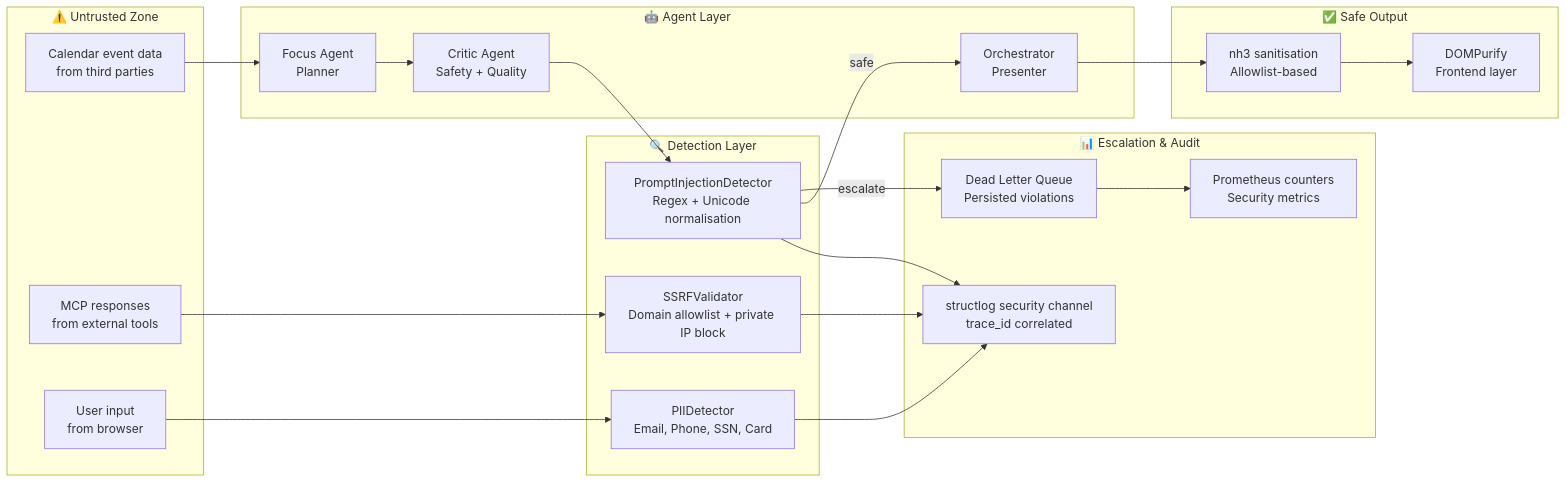
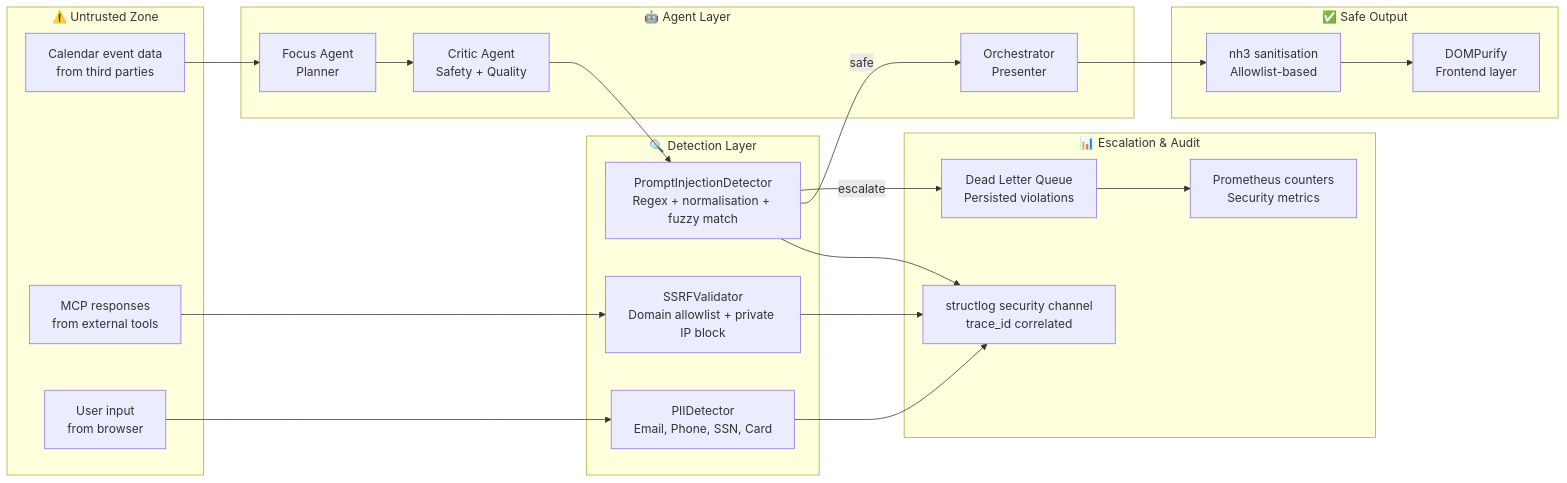
The first of 3 diagrams in docs/SECURITY.md (qasirdev/daily-briefing), drawn with Mermaid before and after one commit. The commit also changed other lines of this file and 68 other files, not shown here.

````diff
--- a/docs/SECURITY.md
+++ b/docs/SECURITY.md
@@ -133,44 +147,44 @@
 ```mermaid
 flowchart LR
     subgraph Untrusted["⚠️ Untrusted Zone"]
         CAL_DATA[Calendar event data\nfrom third parties]
         MCP_RESP[MCP responses\nfrom external tools]
         USER[User input\nfrom browser]
     end
 
     subgraph Detection["🔍 Detection Layer"]
-        INJ[PromptInjectionDetector\nRegex + Unicode normalisation]
+        INJ[PromptInjectionDetector\nRegex + normalisation + fuzzy match]
         PII[PIIDetector\nEmail, Phone, SSN, Card]
         SSRF[SSRFValidator\nDomain allowlist + private IP block]
     end
 
     subgraph Agents["🤖 Agent Layer"]
         FOCUS[Focus Agent\nPlanner]
         CRIT[Critic Agent\nSafety + Quality]
         ORCH[Orchestrator\nPresenter]
     end
 
     subgraph Output["✅ Safe Output"]
         NH3[nh3 sanitisation\nAllowlist-based]
         UI[DOMPurify\nFrontend layer]
     end
 
     subgraph Escalation["📊 Escalation & Audit"]
         DLQ[Dead Letter Queue\nPersisted violations]
         LOG[structlog security channel\ntrace_id correlated]
         MET[Prometheus counters\nSecurity metrics]
     end
 
     CAL_DATA --> FOCUS
     MCP_RESP --> SSRF
     USER --> PII
     FOCUS --> CRIT
     CRIT --> INJ
     INJ -->|escalate| DLQ
     INJ -->|safe| ORCH
     ORCH --> NH3 --> UI
     INJ --> LOG
     SSRF --> LOG
     PII --> LOG
     DLQ --> MET
 ```
````
